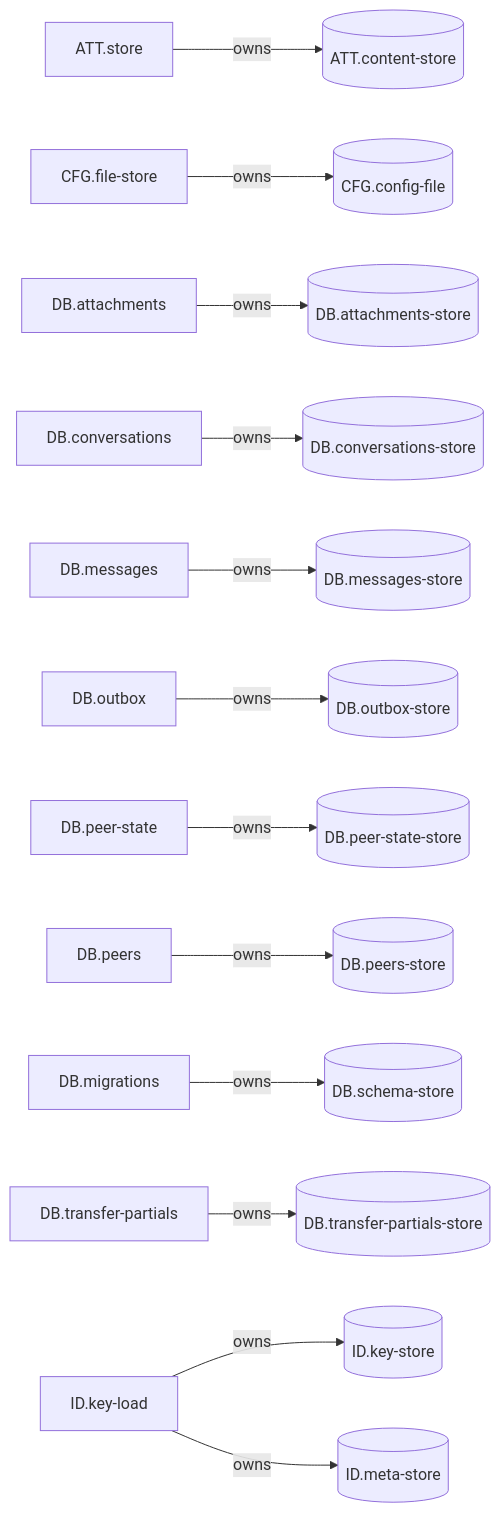
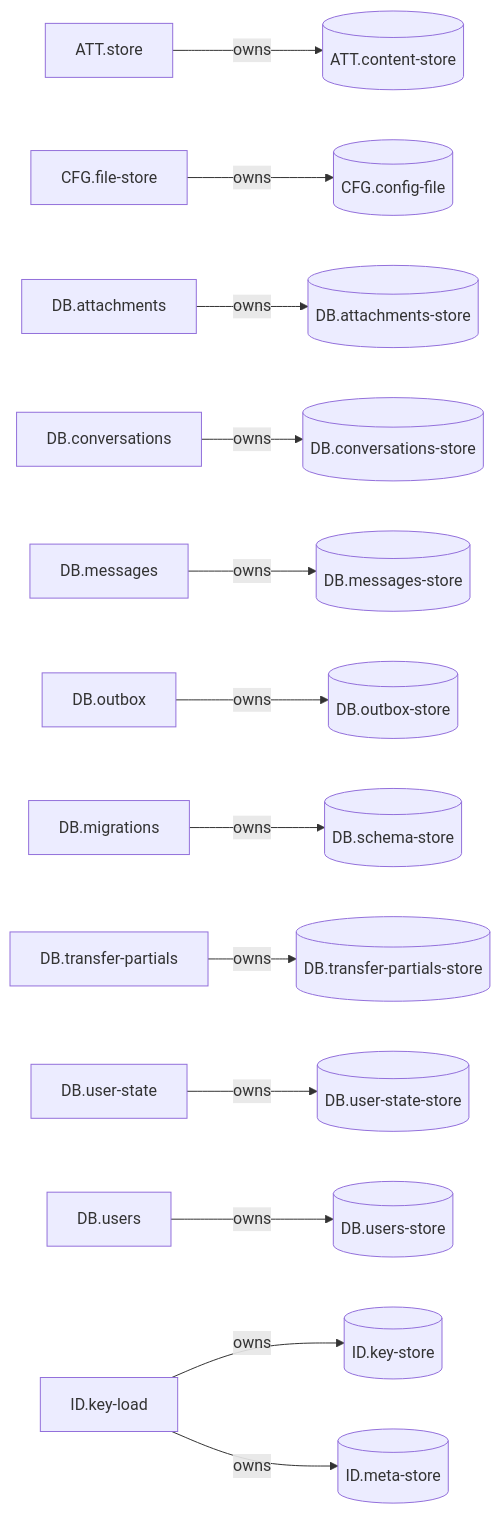
One commit to TICO-CO/TiConnect changed the diagram in docs/systems/generated/state.md. Above: the diagram before and after it, drawn with Mermaid. The commit also changed other lines of this file and 216 other files, not shown here.

````diff
--- a/docs/systems/generated/state.md
+++ b/docs/systems/generated/state.md
@@ -5,15 +5,15 @@
 ```mermaid
 flowchart LR
   s_n_att_store["ATT.store"] -->|owns| st_n_att_content_store[("ATT.content-store")]
   s_n_cfg_file_store["CFG.file-store"] -->|owns| st_n_cfg_config_file[("CFG.config-file")]
   s_n_db_attachments["DB.attachments"] -->|owns| st_n_db_attachments_store[("DB.attachments-store")]
   s_n_db_conversations["DB.conversations"] -->|owns| st_n_db_conversations_store[("DB.conversations-store")]
   s_n_db_messages["DB.messages"] -->|owns| st_n_db_messages_store[("DB.messages-store")]
   s_n_db_outbox["DB.outbox"] -->|owns| st_n_db_outbox_store[("DB.outbox-store")]
-  s_n_db_peer_state["DB.peer-state"] -->|owns| st_n_db_peer_state_store[("DB.peer-state-store")]
-  s_n_db_peers["DB.peers"] -->|owns| st_n_db_peers_store[("DB.peers-store")]
   s_n_db_migrations["DB.migrations"] -->|owns| st_n_db_schema_store[("DB.schema-store")]
   s_n_db_transfer_partials["DB.transfer-partials"] -->|owns| st_n_db_transfer_partials_store[("DB.transfer-partials-store")]
+  s_n_db_user_state["DB.user-state"] -->|owns| st_n_db_user_state_store[("DB.user-state-store")]
+  s_n_db_users["DB.users"] -->|owns| st_n_db_users_store[("DB.users-store")]
   s_n_id_key_load["ID.key-load"] -->|owns| st_n_id_key_store[("ID.key-store")]
   s_n_id_key_load["ID.key-load"] -->|owns| st_n_id_meta_store[("ID.meta-store")]
 ```
````
